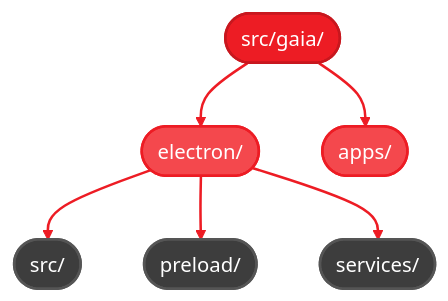
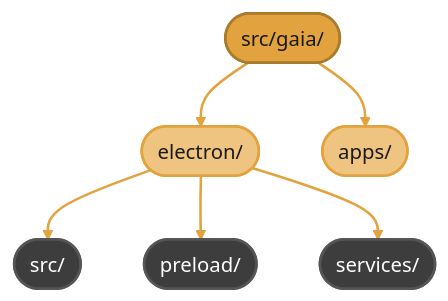
The second of 2 diagrams in docs/spec/electron-integration.mdx (amd/gaia), drawn with Mermaid before and after one commit. The commit also changed other lines of this file and 37 other files, not shown here.

````diff
--- a/docs/spec/electron-integration.mdx
+++ b/docs/spec/electron-integration.mdx
@@ -112,18 +112,18 @@
 ```mermaid
-%%{init: {'theme':'base', 'themeVariables': { 'primaryColor':'#ED1C24', 'primaryTextColor':'#fff', 'primaryBorderColor':'#C8171E', 'lineColor':'#F4484D', 'secondaryColor':'#2d2d2d', 'tertiaryColor':'#f5f5f5', 'fontFamily': 'system-ui, -apple-system, sans-serif'}}}%%
+%%{init: {'theme':'base', 'themeVariables': { 'primaryColor':'#E2A33E', 'primaryTextColor':'#1a1a1a', 'primaryBorderColor':'#A87B2D', 'lineColor':'#EFC480', 'secondaryColor':'#2d2d2d', 'tertiaryColor':'#f5f5f5', 'fontFamily': 'system-ui, -apple-system, sans-serif'}}}%%
 flowchart TD
     A(["src/gaia/"]) --> B(["electron/"])
     A --> C(["apps/"])
     B --> D(["src/"])
     B --> E(["preload/"])
     B --> F(["services/"])
 
-    style A fill:#ED1C24,stroke:#C8171E,stroke-width:2px,color:#fff,rx:10,ry:10
-    style B fill:#F4484D,stroke:#ED1C24,stroke-width:2px,color:#fff,rx:10,ry:10
-    style C fill:#F4484D,stroke:#ED1C24,stroke-width:2px,color:#fff,rx:10,ry:10
+    style A fill:#E2A33E,stroke:#A87B2D,stroke-width:2px,color:#1a1a1a,rx:10,ry:10
+    style B fill:#EFC480,stroke:#E2A33E,stroke-width:2px,color:#1a1a1a,rx:10,ry:10
+    style C fill:#EFC480,stroke:#E2A33E,stroke-width:2px,color:#1a1a1a,rx:10,ry:10
     style D fill:#3d3d3d,stroke:#555,stroke-width:2px,color:#fff,rx:10,ry:10
     style E fill:#3d3d3d,stroke:#555,stroke-width:2px,color:#fff,rx:10,ry:10
     style F fill:#3d3d3d,stroke:#555,stroke-width:2px,color:#fff,rx:10,ry:10
 
-    linkStyle 0,1,2,3,4 stroke:#ED1C24,stroke-width:2px
+    linkStyle 0,1,2,3,4 stroke:#E2A33E,stroke-width:2px
 ```
````
